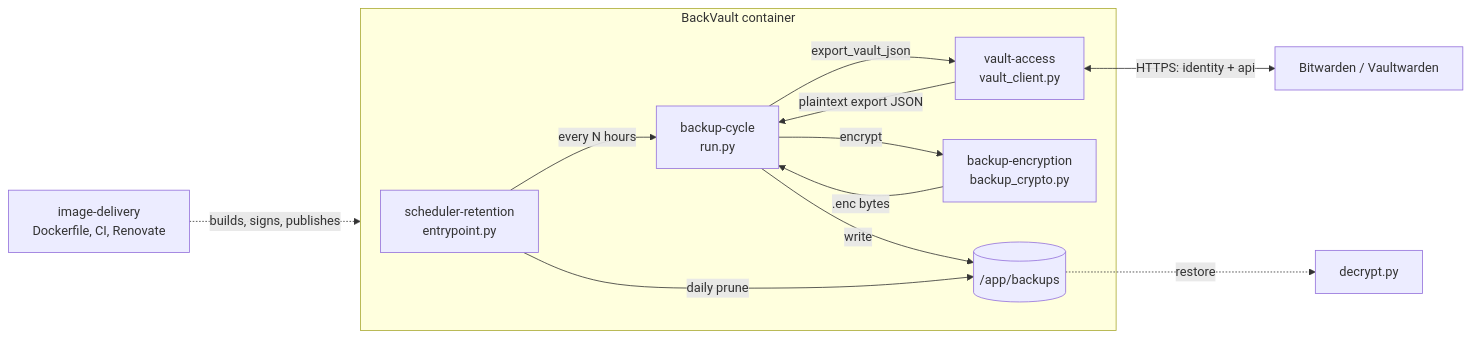
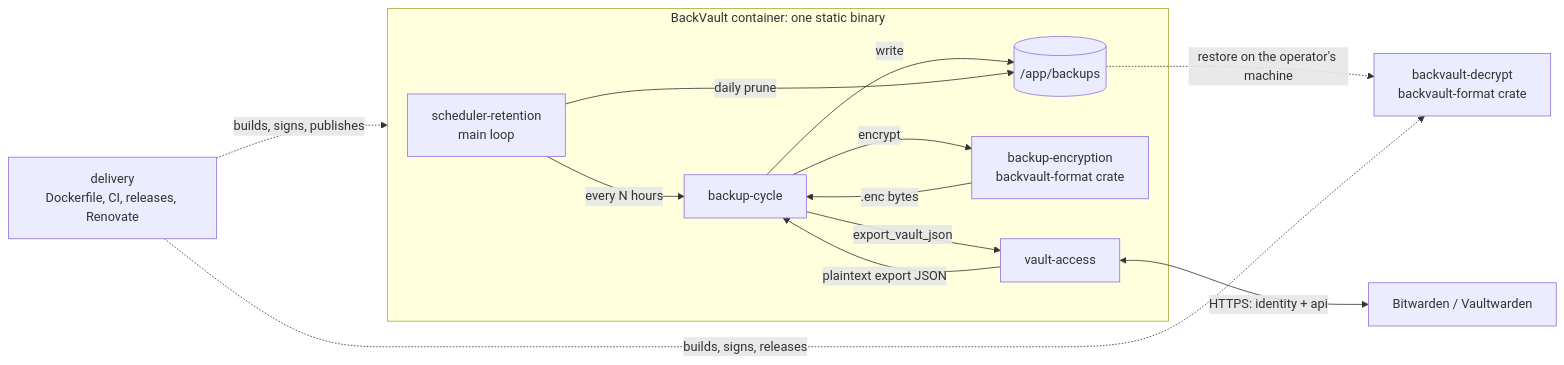
Before and after one commit to tgrecojr/backvault: the diagram in docs/high-level-design.md, drawn with Mermaid. The commit also changed other lines of this file and 87 other files, not shown here.

First line of the commit message:
feat!: port BackVault to Rust with a standalone restore binary (#328)

````diff
--- a/docs/high-level-design.md
+++ b/docs/high-level-design.md
@@ -43,15 +49,16 @@
 ```mermaid
 flowchart LR
-    subgraph container [BackVault container]
-        SR[scheduler-retention<br/>entrypoint.py] -->|every N hours| BC[backup-cycle<br/>run.py]
-        BC -->|export_vault_json| VA[vault-access<br/>vault_client.py]
+    subgraph container [BackVault container: one static binary]
+        SR[scheduler-retention<br/>main loop] -->|every N hours| BC[backup-cycle]
+        BC -->|export_vault_json| VA[vault-access]
         VA -->|plaintext export JSON| BC
-        BC -->|encrypt| BE[backup-encryption<br/>backup_crypto.py]
+        BC -->|encrypt| BE[backup-encryption<br/>backvault-format crate]
         BE -->|.enc bytes| BC
         BC -->|write| VOL[(/app/backups)]
         SR -->|daily prune| VOL
     end
     VA <-->|HTTPS: identity + api| SERVER[Bitwarden / Vaultwarden]
-    VOL -.->|restore| DEC[decrypt.py]
-    ID[image-delivery<br/>Dockerfile, CI, Renovate] -.->|builds, signs, publishes| container
+    VOL -.->|restore on the operator's machine| DEC[backvault-decrypt<br/>backvault-format crate]
+    DL[delivery<br/>Dockerfile, CI, releases, Renovate] -.->|builds, signs, publishes| container
+    DL -.->|builds, signs, releases| DEC
 ```
````
